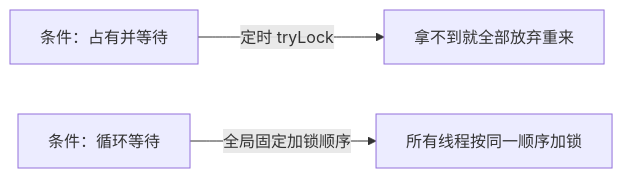
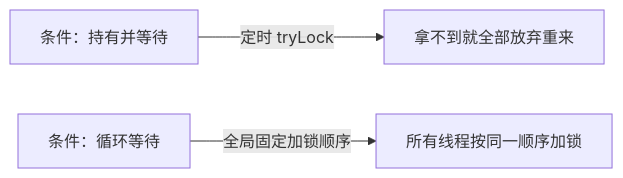
One commit to coswit/coswit.github.io changed the diagram in Java并发编程/08避免活跃性危险.md. Above: the diagram before and after it, drawn with Mermaid. The commit also changed other lines of this file and 2 other files, not shown here.

````diff
--- a/Java并发编程/08避免活跃性危险.md
+++ b/Java并发编程/08避免活跃性危险.md
@@ -12,5 +12,5 @@
 ```mermaid
 flowchart LR
-    c2[条件：占有并等待] -- 定时 tryLock --> s1[拿不到就全部放弃重来]
+    c2[条件：持有并等待] -- 定时 tryLock --> s1[拿不到就全部放弃重来]
     c4[条件：循环等待] -- 全局固定加锁顺序 --> s2[所有线程按同一顺序加锁]
 ```
````
